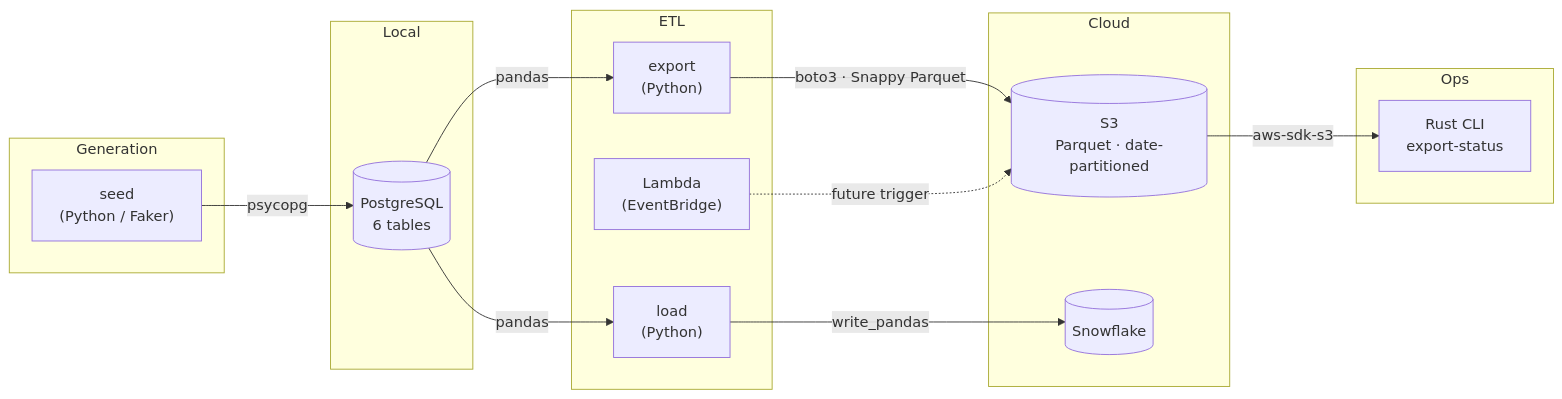
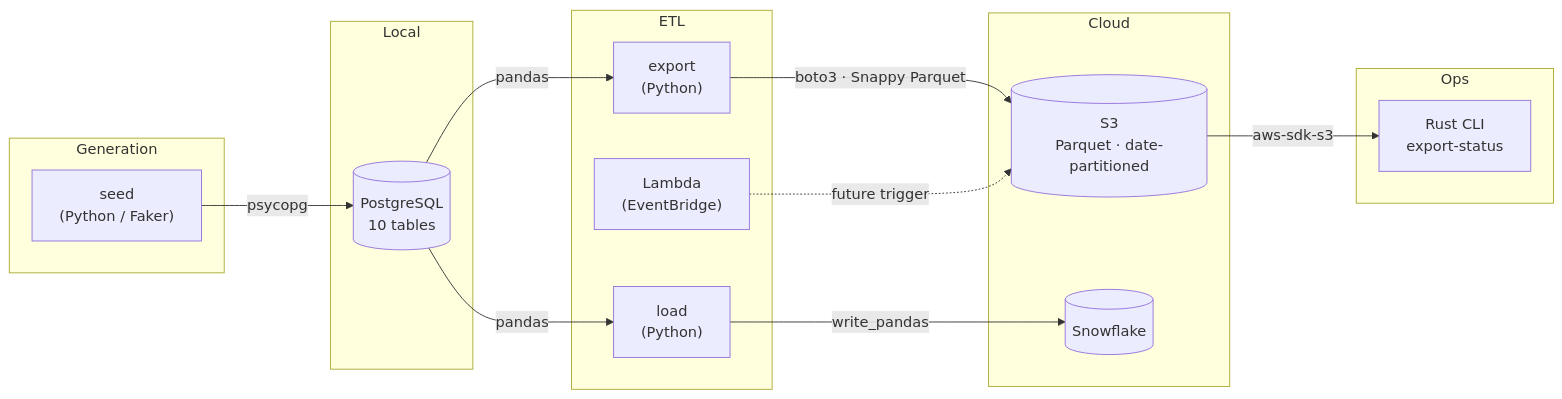
The diagram in README.md (nuiben/data_lab), drawn with Mermaid before and after one commit. The commit also changed 1 other file, not shown here.

Commit message:
fixed generic type (mypy check)

````diff
--- a/README.md
+++ b/README.md
@@ -21,33 +21,33 @@
 ```mermaid
 flowchart LR
     subgraph gen["Generation"]
         seed["seed\n(Python / Faker)"]
     end
 
     subgraph local["Local"]
-        pg[("PostgreSQL\n6 tables")]
+        pg[("PostgreSQL\n10 tables")]
     end
 
     subgraph etl["ETL"]
         export["export\n(Python)"]
         load["load\n(Python)"]
         lambda["Lambda\n(EventBridge)"]
     end
 
     subgraph cloud["Cloud"]
         s3[("S3\nParquet · date-partitioned")]
         sf[("Snowflake")]
     end
 
     subgraph ops["Ops"]
         cli["Rust CLI\nexport-status"]
     end
 
     seed -->|psycopg| pg
     pg -->|pandas| export
     pg -->|pandas| load
     export -->|"boto3 · Snappy Parquet"| s3
     load -->|write_pandas| sf
     lambda -.->|future trigger| s3
     s3 -->|aws-sdk-s3| cli
 ```
````
